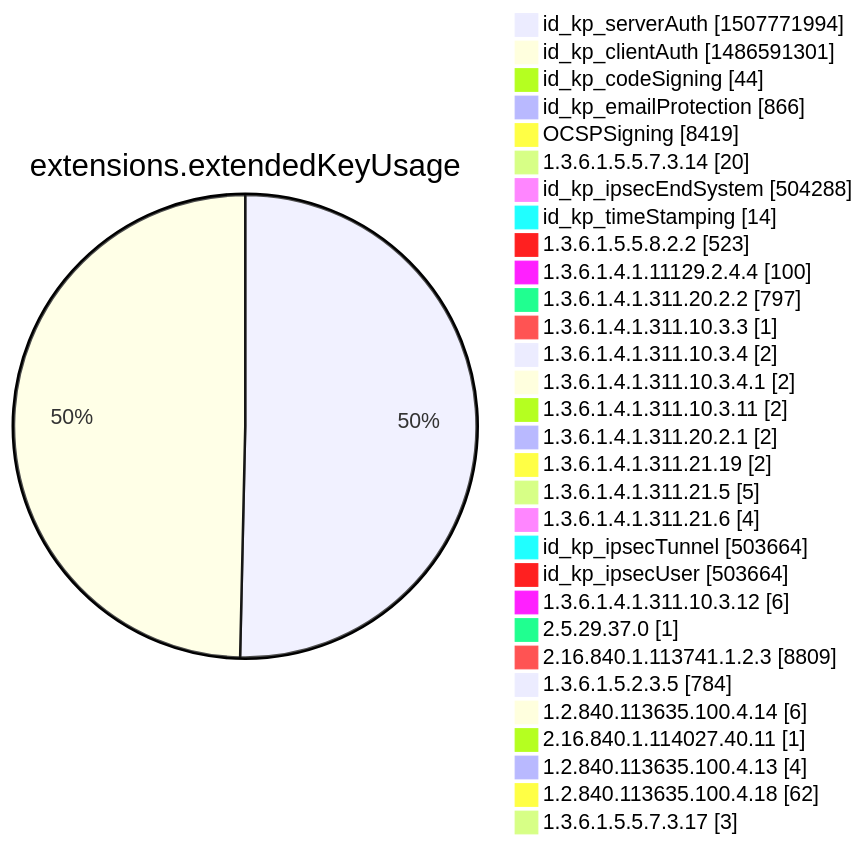
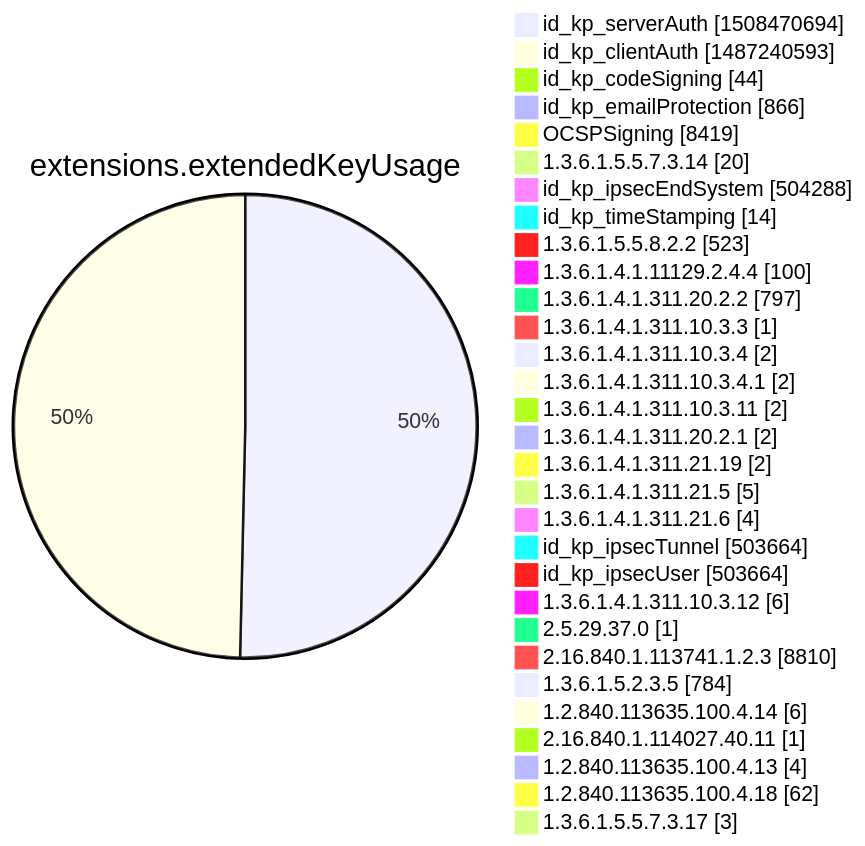
One commit to christiankrug/ctmonitor_visualization changed diagram 12 of 15 in argon2022/README.md. Above: the diagram before and after it, drawn with Mermaid. The commit also changed other lines of this file, not shown here.

````diff
--- a/argon2022/README.md
+++ b/argon2022/README.md
@@ -3555,34 +3555,34 @@
 ```mermaid
 pie showData
 title extensions.extendedKeyUsage
-"id_kp_serverAuth" :1507771994
-"id_kp_clientAuth" :1486591301
+"id_kp_serverAuth" :1508470694
+"id_kp_clientAuth" :1487240593
 "id_kp_codeSigning" :44
 "id_kp_emailProtection" :866
 "OCSPSigning" :8419
 "1.3.6.1.5.5.7.3.14" :20
 "id_kp_ipsecEndSystem" :504288
 "id_kp_timeStamping" :14
 "1.3.6.1.5.5.8.2.2" :523
 "1.3.6.1.4.1.11129.2.4.4" :100
 "1.3.6.1.4.1.311.20.2.2" :797
 "1.3.6.1.4.1.311.10.3.3" :1
 "1.3.6.1.4.1.311.10.3.4" :2
 "1.3.6.1.4.1.311.10.3.4.1" :2
 "1.3.6.1.4.1.311.10.3.11" :2
 "1.3.6.1.4.1.311.20.2.1" :2
 "1.3.6.1.4.1.311.21.19" :2
 "1.3.6.1.4.1.311.21.5" :5
 "1.3.6.1.4.1.311.21.6" :4
 "id_kp_ipsecTunnel" :503664
 "id_kp_ipsecUser" :503664
 "1.3.6.1.4.1.311.10.3.12" :6
 "2.5.29.37.0" :1
-"2.16.840.1.113741.1.2.3" :8809
+"2.16.840.1.113741.1.2.3" :8810
 "1.3.6.1.5.2.3.5" :784
 "1.2.840.113635.100.4.14" :6
 "2.16.840.1.114027.40.11" :1
 "1.2.840.113635.100.4.13" :4
 "1.2.840.113635.100.4.18" :62
 "1.3.6.1.5.5.7.3.17" :3
 ```
````
